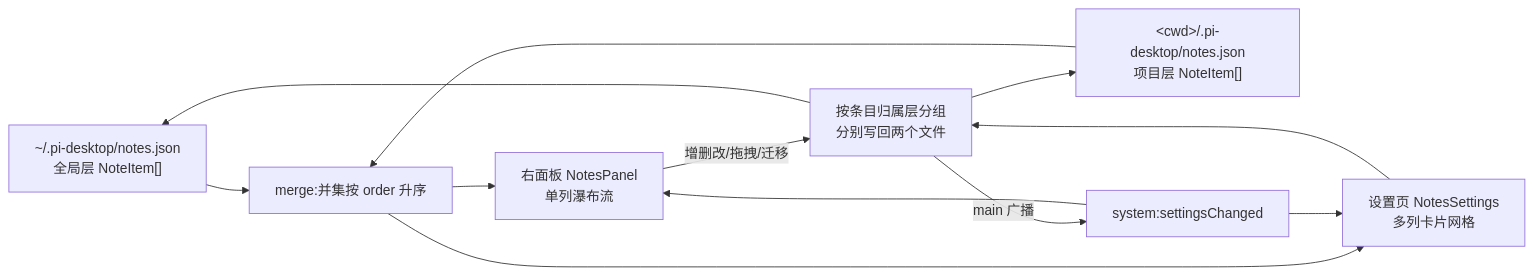
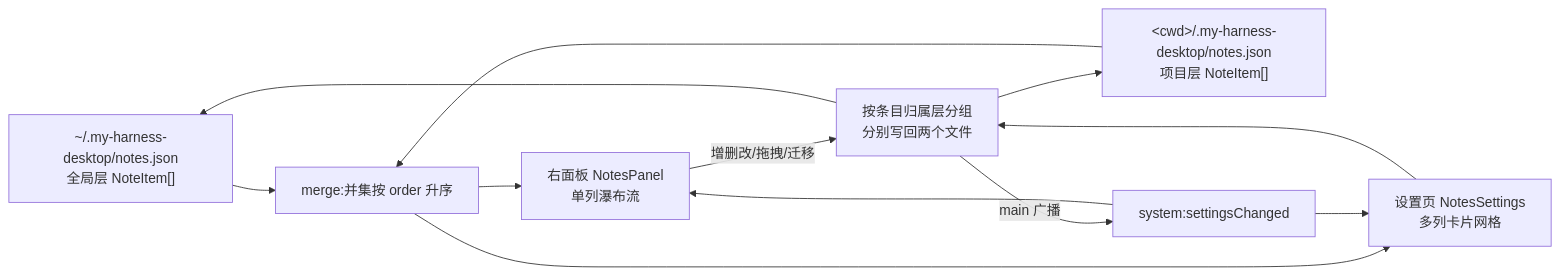
The first of 2 diagrams in docs/design/note-plugin.md (GOODDAYDAY/my-harness-desktop), drawn with Mermaid before and after one commit. The commit also changed other lines of this file and 529 other files, not shown here.

First line of the commit message:
chore: 改名 pi-desktop → my-harness-desktop

````diff
--- a/docs/design/note-plugin.md
+++ b/docs/design/note-plugin.md
@@ -74,14 +74,14 @@
 ```mermaid
 flowchart LR
-    G["~/.pi-desktop/notes.json<br/>全局层 NoteItem[]"] --> M["merge:并集按 order 升序"]
-    P["&lt;cwd&gt;/.pi-desktop/notes.json<br/>项目层 NoteItem[]"] --> M
+    G["~/.my-harness-desktop/notes.json<br/>全局层 NoteItem[]"] --> M["merge:并集按 order 升序"]
+    P["&lt;cwd&gt;/.my-harness-desktop/notes.json<br/>项目层 NoteItem[]"] --> M
     M --> PANEL["右面板 NotesPanel<br/>单列瀑布流"]
     M --> SETTINGS["设置页 NotesSettings<br/>多列卡片网格"]
     PANEL -->|"增删改/拖拽/迁移"| W["按条目归属层分组<br/>分别写回两个文件"]
     SETTINGS --> W
     W --> G
     W --> P
     W -->|"main 广播"| BC["system:settingsChanged"]
     BC --> PANEL
     BC --> SETTINGS
 ```
````
